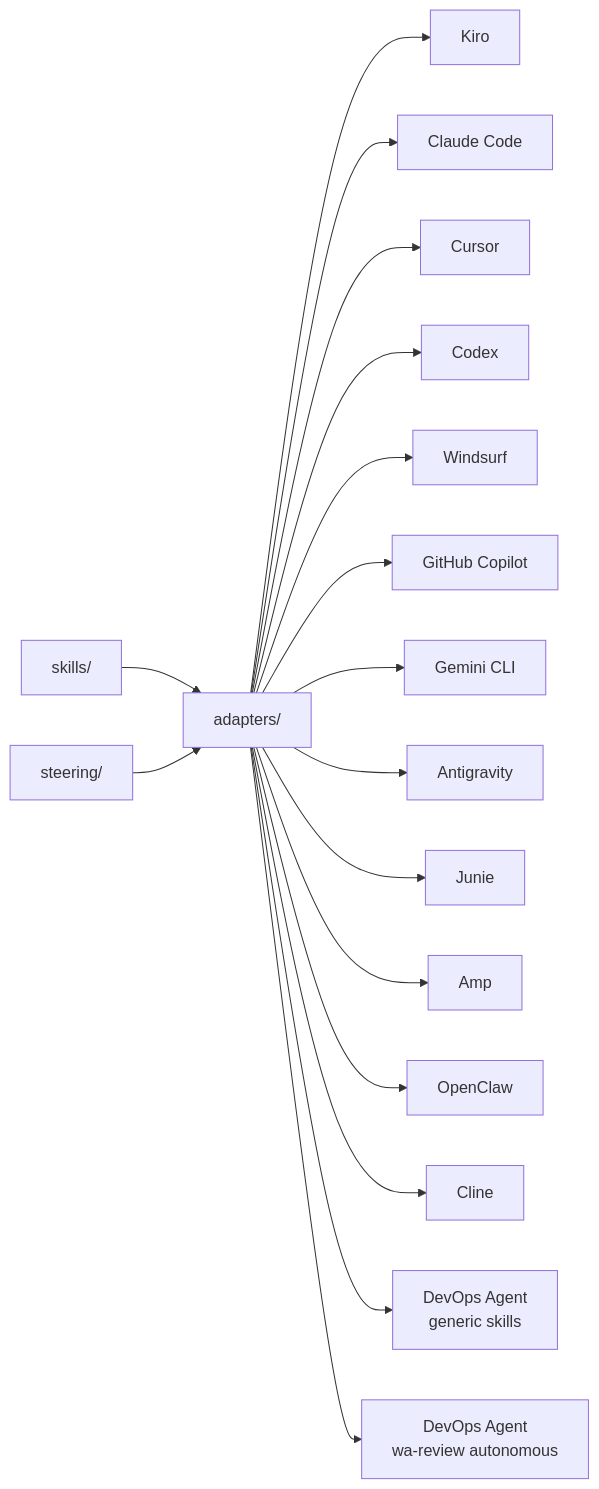
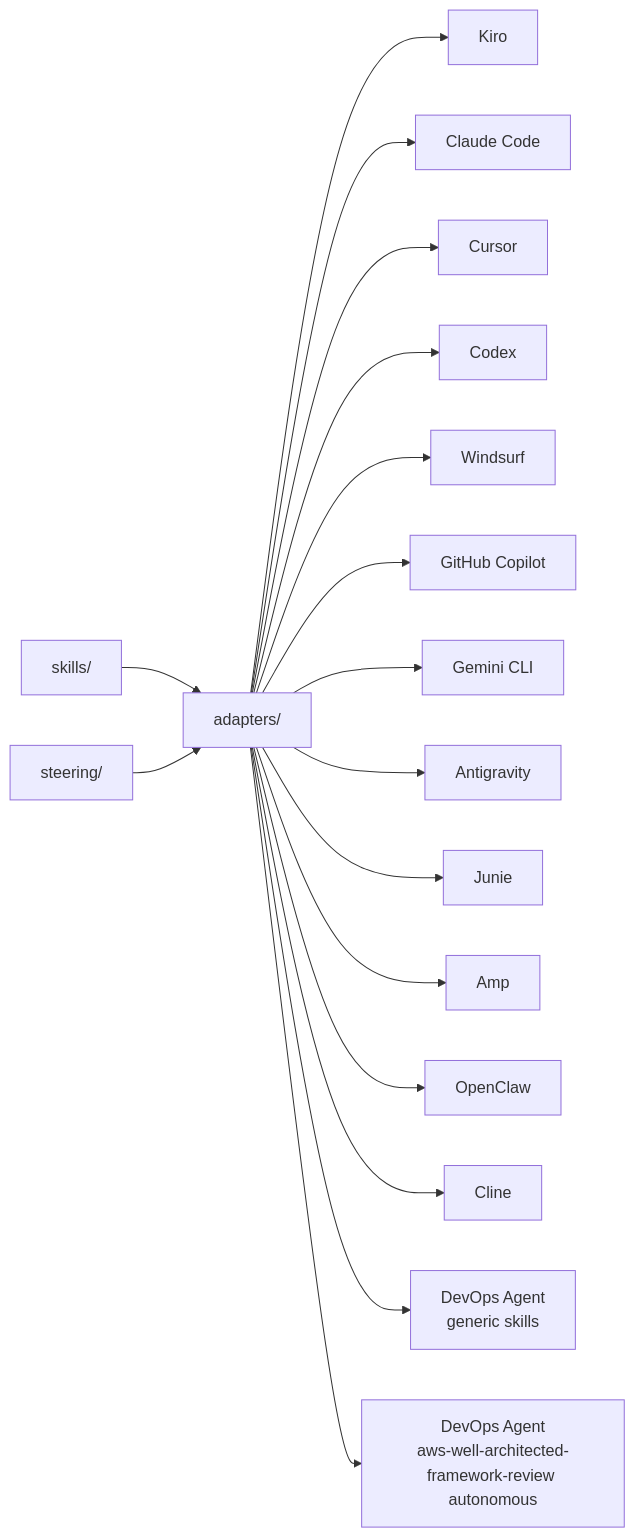
Before and after one commit to aws-samples/sample-well-architected-skills-and-steering: the diagram in README.md, drawn with Mermaid. The commit also changed other lines of this file and 2041 other files, not shown here.

First line of the commit message:
feat!: rename wa-review to aws-well-architected-framework-review (#132)

````diff
--- a/README.md
+++ b/README.md
@@ -502,19 +502,19 @@
 ```mermaid
 graph LR
     S[skills/] --> A[adapters/]
     ST[steering/] --> A
     A --> K[Kiro]
     A --> CC[Claude Code]
     A --> CU[Cursor]
     A --> CO[Codex]
     A --> W[Windsurf]
     A --> GH[GitHub Copilot]
     A --> G[Gemini CLI]
     A --> AG[Antigravity]
     A --> J[Junie]
     A --> AM[Amp]
     A --> OC[OpenClaw]
     A --> CL[Cline]
     A --> DA[DevOps Agent<br/>generic skills]
-    A --> DAR[DevOps Agent<br/>wa-review autonomous]
+    A --> DAR[DevOps Agent<br/>aws-well-architected-framework-review autonomous]
 ```
````
